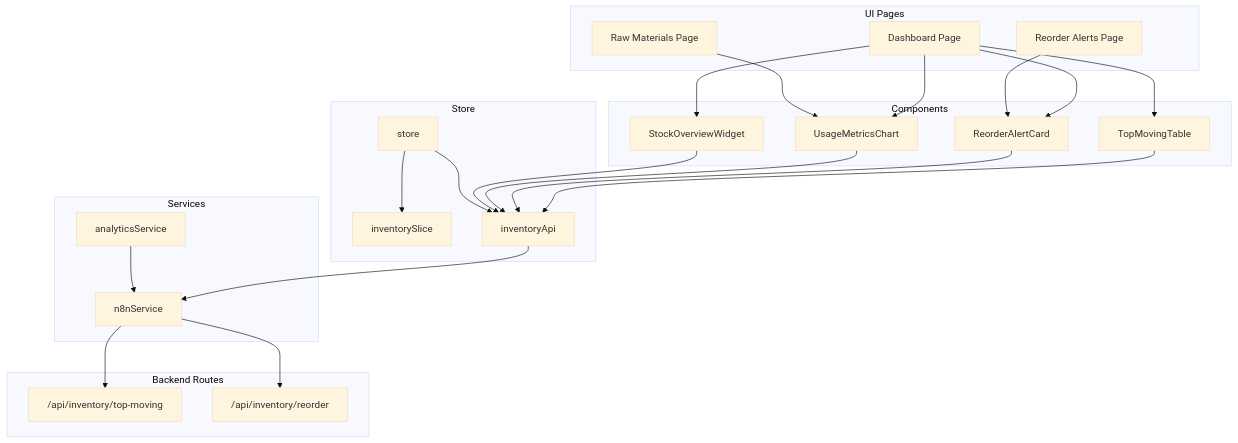
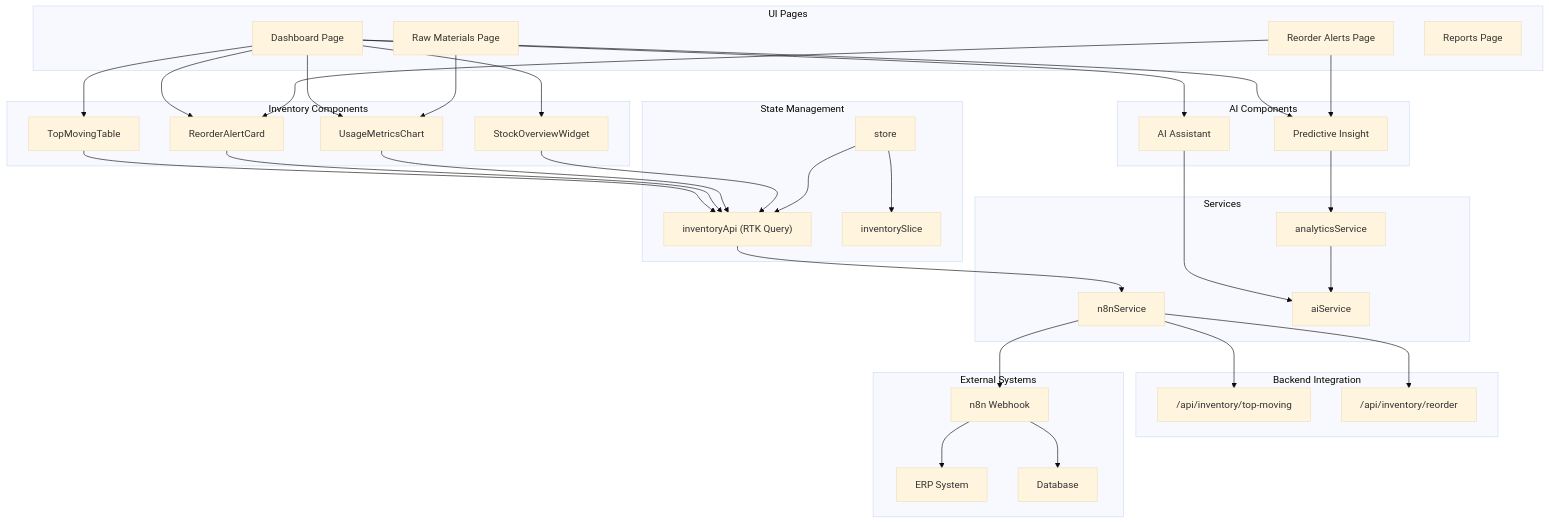
Before and after one commit to cacamarica/dashboard-ai: the first of 4 diagrams in .qoder/repowiki/en/content/Core Features/Inventory Management.md, drawn with Mermaid (base theme). The commit also changed other lines of this file and 14 other files, not shown here.

````diff
--- a/.qoder/repowiki/en/content/Core Features/Inventory Management.md
+++ b/.qoder/repowiki/en/content/Core Features/Inventory Management.md
@@ -54,43 +67,62 @@
 ```mermaid
 graph TB
 subgraph "UI Pages"
 D["Dashboard Page"]
 RM["Raw Materials Page"]
 RA["Reorder Alerts Page"]
+RP["Reports Page"]
 end
-subgraph "Components"
+subgraph "AI Components"
+AI["AI Assistant"]
+PI["Predictive Insight"]
+end
+subgraph "Inventory Components"
 TMT["TopMovingTable"]
 RAC["ReorderAlertCard"]
 UMC["UsageMetricsChart"]
 SOW["StockOverviewWidget"]
 end
-subgraph "Store"
+subgraph "State Management"
+IA["inventoryApi (RTK Query)"]
 IS["inventorySlice"]
-IA["inventoryApi"]
 ST["store"]
 end
 subgraph "Services"
 NS["n8nService"]
 AS["analyticsService"]
+AIService["aiService"]
 end
-subgraph "Backend Routes"
+subgraph "Backend Integration"
 TMRoute["/api/inventory/top-moving"]
 RARoute["/api/inventory/reorder"]
+end
+subgraph "External Systems"
+ERP["ERP System"]
+DB["Database"]
+N8N["n8n Webhook"]
 end
 D --> TMT
 D --> RAC
 D --> UMC
 D --> SOW
+D --> AI
+D --> PI
 RM --> UMC
 RA --> RAC
+RA --> PI
+AI --> AIService
+PI --> AS
 TMT --> IA
 RAC --> IA
 UMC --> IA
 SOW --> IA
 IA --> NS
 NS --> TMRoute
 NS --> RARoute
-AS --> NS
+NS --> N8N
+N8N --> ERP
+N8N --> DB
+AS --> AIService
 ST --> IA
 ST --> IS
 ```
````
